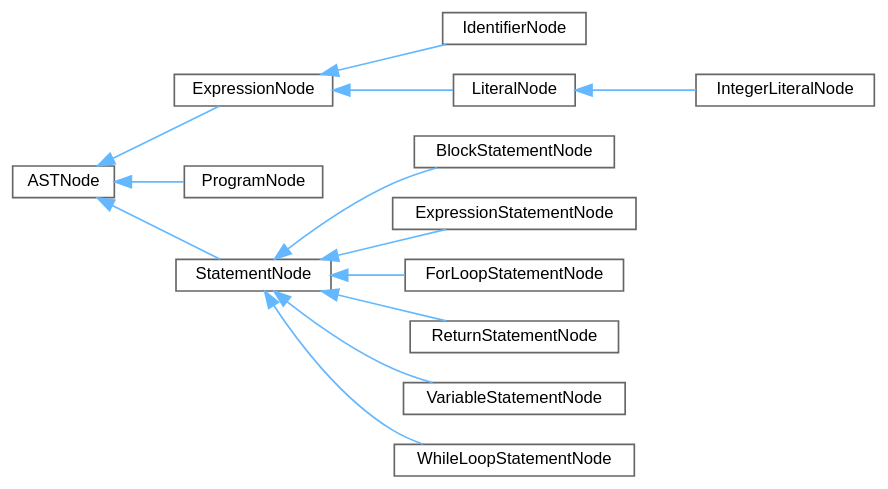
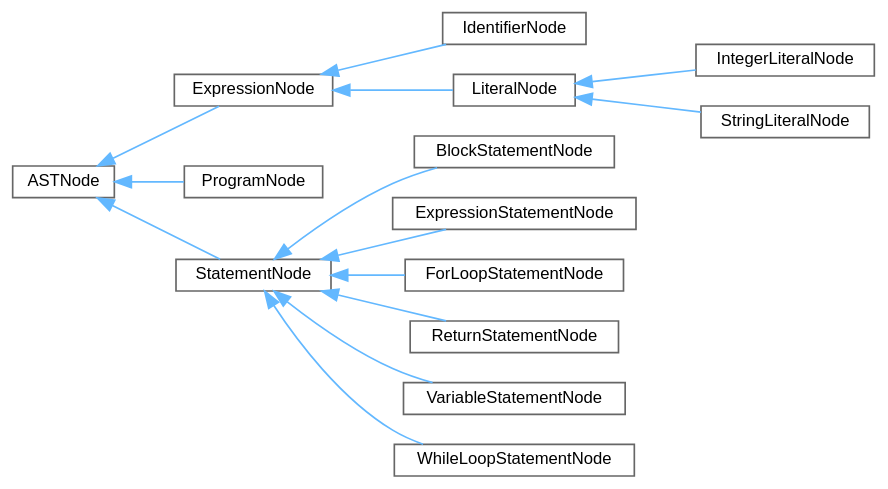
Before and after one commit to kejunp/kejunp.github.io: the diagram in pebbl/docs/inherit_graph_0.dot, drawn with Graphviz. The commit also changed 26 other files, not shown here.

```diff
--- a/pebbl/docs/inherit_graph_0.dot
+++ b/pebbl/docs/inherit_graph_0.dot
@@ -1,33 +1,35 @@
 digraph "Graphical Class Hierarchy"
 {
  // LATEX_PDF_SIZE
   bgcolor="transparent";
   edge [fontname=Helvetica,fontsize=10,labelfontname=Helvetica,labelfontsize=10];
   node [fontname=Helvetica,fontsize=10,shape=box,height=0.2,width=0.4];
   rankdir="LR";
   Node0 [id="Node000000",label="ASTNode",height=0.2,width=0.4,color="grey40", fillcolor="white", style="filled",URL="$structASTNode.html",tooltip="Base class of all AST nodes."];
   Node0 -> Node1 [id="edge1_Node000000_Node000001",dir="back",color="steelblue1",style="solid",tooltip=" "];
   Node1 [id="Node000001",label="ExpressionNode",height=0.2,width=0.4,color="grey40", fillcolor="white", style="filled",URL="$structExpressionNode.html",tooltip="Base class for all expressions."];
   Node1 -> Node2 [id="edge2_Node000001_Node000002",dir="back",color="steelblue1",style="solid",tooltip=" "];
   Node2 [id="Node000002",label="IdentifierNode",height=0.2,width=0.4,color="grey40", fillcolor="white", style="filled",URL="$structIdentifierNode.html",tooltip="A identifier."];
   Node1 -> Node3 [id="edge3_Node000001_Node000003",dir="back",color="steelblue1",style="solid",tooltip=" "];
   Node3 [id="Node000003",label="LiteralNode",height=0.2,width=0.4,color="grey40", fillcolor="white", style="filled",URL="$structLiteralNode.html",tooltip="Base class for all literals."];
   Node3 -> Node4 [id="edge4_Node000003_Node000004",dir="back",color="steelblue1",style="solid",tooltip=" "];
   Node4 [id="Node000004",label="IntegerLiteralNode",height=0.2,width=0.4,color="grey40", fillcolor="white", style="filled",URL="$structIntegerLiteralNode.html",tooltip="A integer literal."];
-  Node0 -> Node5 [id="edge5_Node000000_Node000005",dir="back",color="steelblue1",style="solid",tooltip=" "];
-  Node5 [id="Node000005",label="ProgramNode",height=0.2,width=0.4,color="grey40", fillcolor="white", style="filled",URL="$structProgramNode.html",tooltip="The root of all ASTs (sorta like a block statement, but the block is global)"];
+  Node3 -> Node5 [id="edge5_Node000003_Node000005",dir="back",color="steelblue1",style="solid",tooltip=" "];
+  Node5 [id="Node000005",label="StringLiteralNode",height=0.2,width=0.4,color="grey40", fillcolor="white", style="filled",URL="$structStringLiteralNode.html",tooltip=" "];
   Node0 -> Node6 [id="edge6_Node000000_Node000006",dir="back",color="steelblue1",style="solid",tooltip=" "];
-  Node6 [id="Node000006",label="StatementNode",height=0.2,width=0.4,color="grey40", fillcolor="white", style="filled",URL="$structStatementNode.html",tooltip="Base class for all statements."];
-  Node6 -> Node7 [id="edge7_Node000006_Node000007",dir="back",color="steelblue1",style="solid",tooltip=" "];
-  Node7 [id="Node000007",label="BlockStatementNode",height=0.2,width=0.4,color="grey40", fillcolor="white", style="filled",URL="$structBlockStatementNode.html",tooltip="A block statement { [statements... ] }."];
-  Node6 -> Node8 [id="edge8_Node000006_Node000008",dir="back",color="steelblue1",style="solid",tooltip=" "];
-  Node8 [id="Node000008",label="ExpressionStatementNode",height=0.2,width=0.4,color="grey40", fillcolor="white", style="filled",URL="$structExpressionStatementNode.html",tooltip="A wrapper around a expression (but it is a statement)"];
-  Node6 -> Node9 [id="edge9_Node000006_Node000009",dir="back",color="steelblue1",style="solid",tooltip=" "];
-  Node9 [id="Node000009",label="ForLoopStatementNode",height=0.2,width=0.4,color="grey40", fillcolor="white", style="filled",URL="$structForLoopStatementNode.html",tooltip=" "];
-  Node6 -> Node10 [id="edge10_Node000006_Node000010",dir="back",color="steelblue1",style="solid",tooltip=" "];
-  Node10 [id="Node000010",label="ReturnStatementNode",height=0.2,width=0.4,color="grey40", fillcolor="white", style="filled",URL="$structReturnStatementNode.html",tooltip="A return statement (different from a implicit return, e.g. 5; will become a expression statement,..."];
-  Node6 -> Node11 [id="edge11_Node000006_Node000011",dir="back",color="steelblue1",style="solid",tooltip=" "];
-  Node11 [id="Node000011",label="VariableStatementNode",height=0.2,width=0.4,color="grey40", fillcolor="white", style="filled",URL="$structVariableStatementNode.html",tooltip="A variable declaration/definition: let immut = 5; var mut = 5; etc."];
-  Node6 -> Node12 [id="edge12_Node000006_Node000012",dir="back",color="steelblue1",style="solid",tooltip=" "];
-  Node12 [id="Node000012",label="WhileLoopStatementNode",height=0.2,width=0.4,color="grey40", fillcolor="white", style="filled",URL="$structWhileLoopStatementNode.html",tooltip="A while loop (e.g., while x < y { let x = 5 let y = 4;})"];
+  Node6 [id="Node000006",label="ProgramNode",height=0.2,width=0.4,color="grey40", fillcolor="white", style="filled",URL="$structProgramNode.html",tooltip="The root of all ASTs (sorta like a block statement, but the block is global)"];
+  Node0 -> Node7 [id="edge7_Node000000_Node000007",dir="back",color="steelblue1",style="solid",tooltip=" "];
+  Node7 [id="Node000007",label="StatementNode",height=0.2,width=0.4,color="grey40", fillcolor="white", style="filled",URL="$structStatementNode.html",tooltip="Base class for all statements."];
+  Node7 -> Node8 [id="edge8_Node000007_Node000008",dir="back",color="steelblue1",style="solid",tooltip=" "];
+  Node8 [id="Node000008",label="BlockStatementNode",height=0.2,width=0.4,color="grey40", fillcolor="white", style="filled",URL="$structBlockStatementNode.html",tooltip="A block statement { [statements... ] }."];
+  Node7 -> Node9 [id="edge9_Node000007_Node000009",dir="back",color="steelblue1",style="solid",tooltip=" "];
+  Node9 [id="Node000009",label="ExpressionStatementNode",height=0.2,width=0.4,color="grey40", fillcolor="white", style="filled",URL="$structExpressionStatementNode.html",tooltip="A wrapper around a expression (but it is a statement)"];
+  Node7 -> Node10 [id="edge10_Node000007_Node000010",dir="back",color="steelblue1",style="solid",tooltip=" "];
+  Node10 [id="Node000010",label="ForLoopStatementNode",height=0.2,width=0.4,color="grey40", fillcolor="white", style="filled",URL="$structForLoopStatementNode.html",tooltip=" "];
+  Node7 -> Node11 [id="edge11_Node000007_Node000011",dir="back",color="steelblue1",style="solid",tooltip=" "];
+  Node11 [id="Node000011",label="ReturnStatementNode",height=0.2,width=0.4,color="grey40", fillcolor="white", style="filled",URL="$structReturnStatementNode.html",tooltip="A return statement (different from a implicit return, e.g. 5; will become a expression statement,..."];
+  Node7 -> Node12 [id="edge12_Node000007_Node000012",dir="back",color="steelblue1",style="solid",tooltip=" "];
+  Node12 [id="Node000012",label="VariableStatementNode",height=0.2,width=0.4,color="grey40", fillcolor="white", style="filled",URL="$structVariableStatementNode.html",tooltip="A variable declaration/definition: let immut = 5; var mut = 5; etc."];
+  Node7 -> Node13 [id="edge13_Node000007_Node000013",dir="back",color="steelblue1",style="solid",tooltip=" "];
+  Node13 [id="Node000013",label="WhileLoopStatementNode",height=0.2,width=0.4,color="grey40", fillcolor="white", style="filled",URL="$structWhileLoopStatementNode.html",tooltip="A while loop (e.g., while x < y { let x = 5 let y = 4;})"];
 }
```
